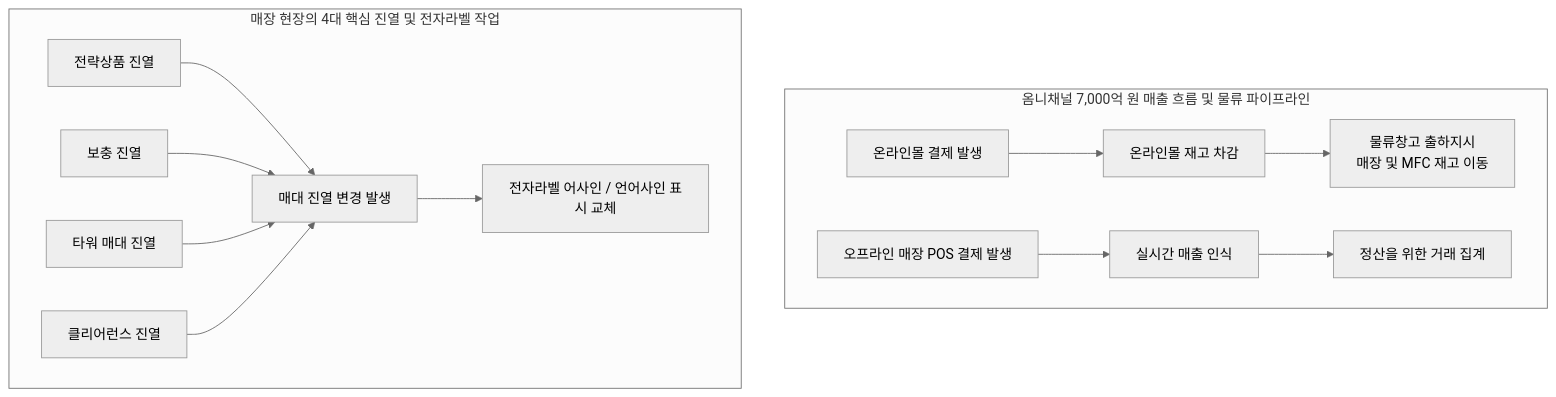
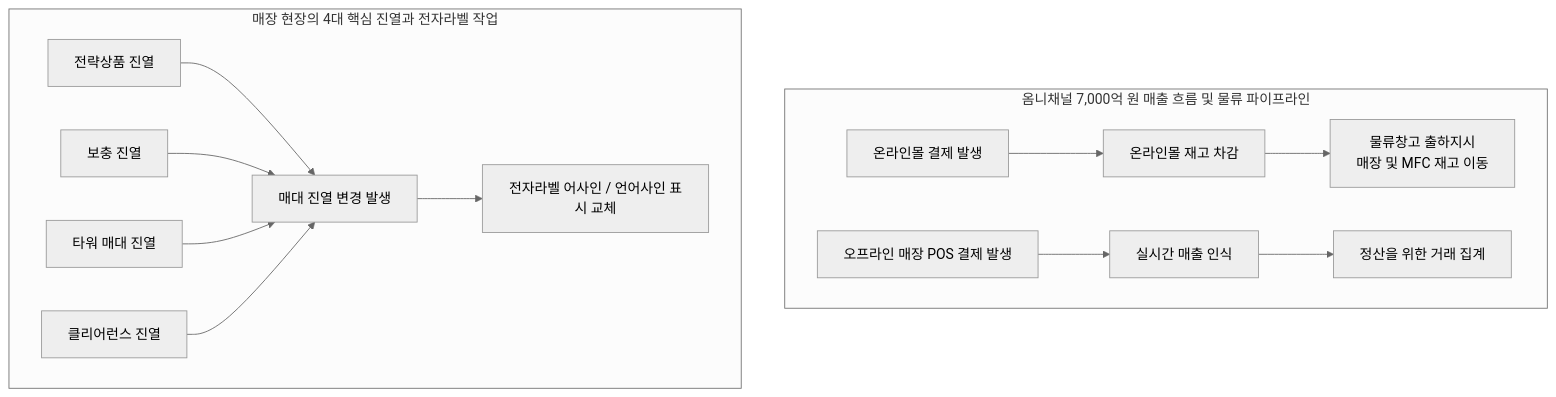
The first of 5 diagrams in docs/case/2026-1Q/oy-sale-stat-hourly-cpu-sql.md (djpibo/djpibo.github.io), drawn with Mermaid (neutral theme) before and after one commit. The commit also changed other lines of this file, not shown here.

Commit message:
docs: subgraph Flow 다이어그램 블록 수정

````diff
--- a/docs/case/2026-1Q/oy-sale-stat-hourly-cpu-sql.md
+++ b/docs/case/2026-1Q/oy-sale-stat-hourly-cpu-sql.md
@@ -25,19 +25,18 @@
 ```mermaid
 graph TD
     subgraph Flow["옴니채널 7,000억 원 매출 흐름 및 물류 파이프라인"]
         A["온라인몰 결제 발생"] --> B["온라인몰 재고 차감"]
         B --> C["물류창고 출하지시<br/>매장 및 MFC 재고 이동"]
-
         D["오프라인 매장 POS 결제 발생"] --> E["실시간 매출 인식"]
         E --> F["정산을 위한 거래 집계"]
     end
 
-    subgraph Store["매장 현장의 4대 핵심 진열 및 전자라벨 작업"]
+    subgraph Store["매장 현장의 4대 핵심 진열과 전자라벨 작업"]
         F1["전략상품 진열"]
         F2["보충 진열"]
         F3["타워 매대 진열"]
         F4["클리어런스 진열"]
         F1 & F2 & F3 & F4 --> G["매대 진열 변경 발생"]
         G --> H["전자라벨 어사인 / 언어사인 표시 교체"]
     end
 ```
````
